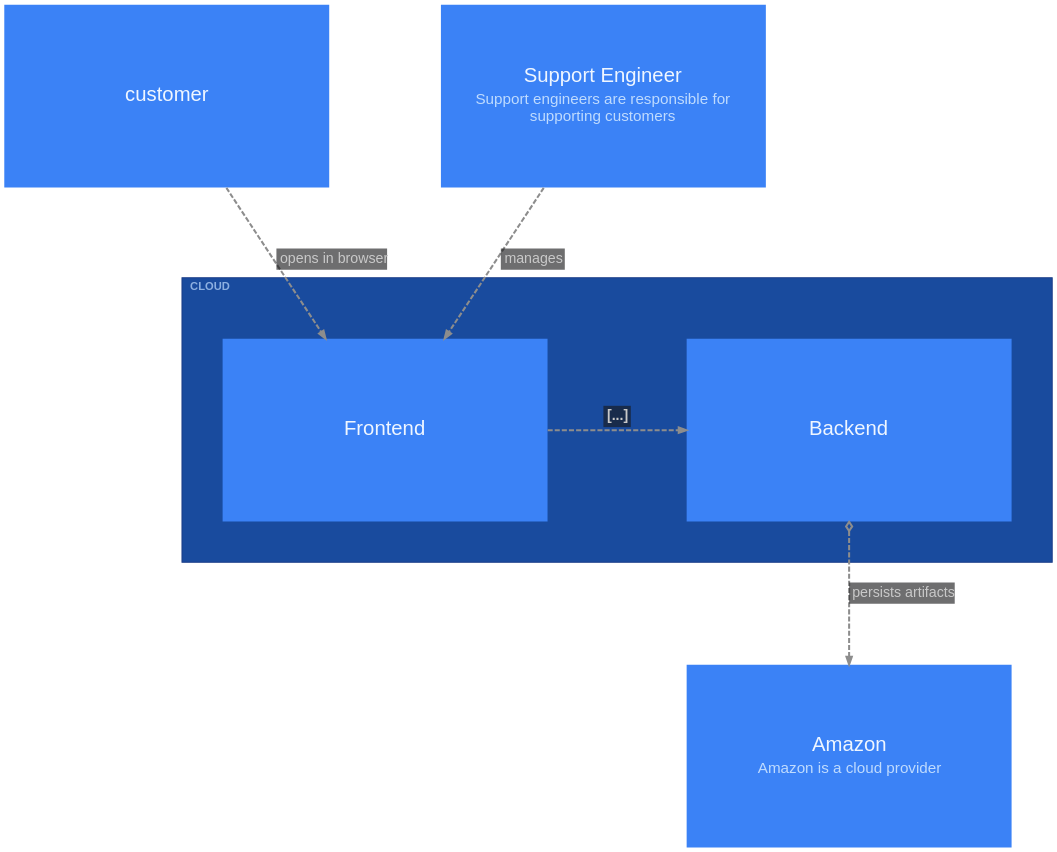
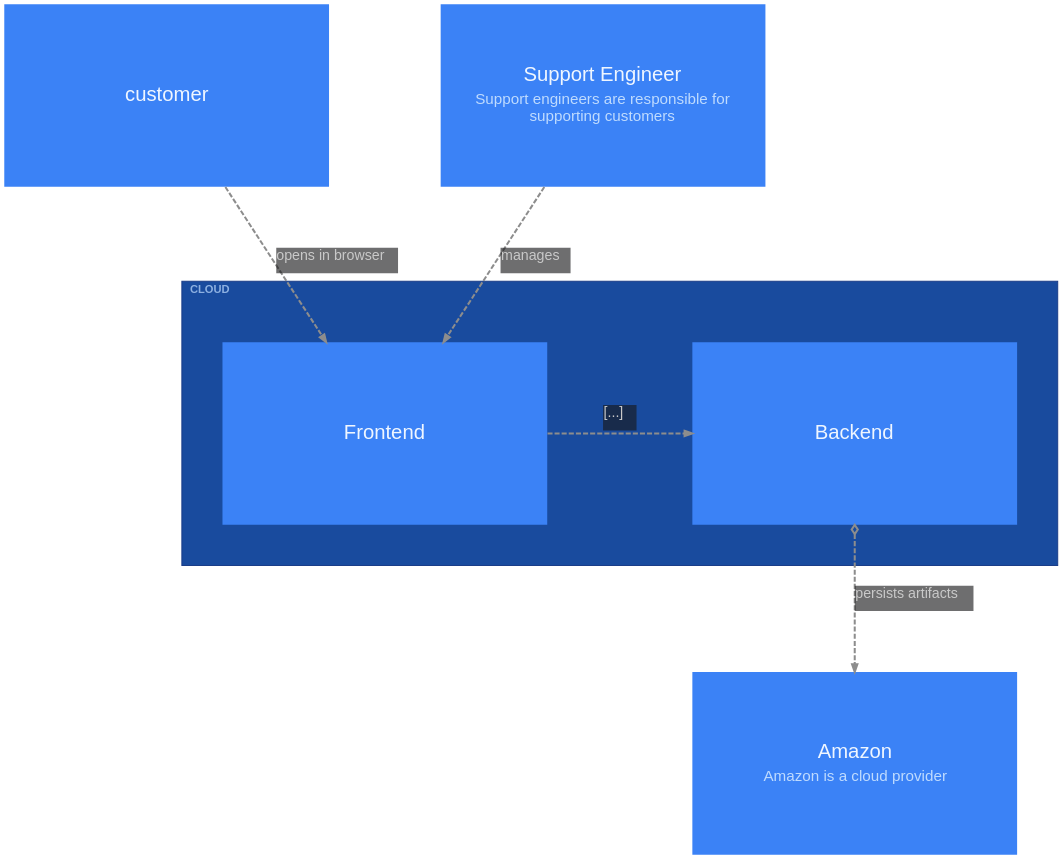
One commit to likec4/likec4 changed the diagram in packages/layouts/src/graphviz/__snapshots__/ElementViewPrinter-cloud.dot. Above: the diagram before and after it, drawn with Graphviz. The commit also changed 48 other files, not shown here.

First line of the commit message:
feat: measure relationship labels with the diagram font

```diff
--- a/packages/layouts/src/graphviz/__snapshots__/ElementViewPrinter-cloud.dot
+++ b/packages/layouts/src/graphviz/__snapshots__/ElementViewPrinter-cloud.dot
@@ -1,114 +1,114 @@
 digraph {
   likec4_viewId = "cloudView";
   bgcolor = "transparent";
   layout = "dot";
   compound = true;
   rankdir = "TB";
   TBbalance = "min";
   splines = "spline";
   outputorder = "nodesfirst";
   nodesep = 1.528;
   ranksep = 1.667;
   pad = 0.209;
   fontname = "Arial";
   graph [
     fontsize = 20;
     labeljust = "l";
     labelloc = "t";
     margin = 50.1;
   ];
   edge [
     arrowsize = 0.75;
     fontname = "Arial";
     fontsize = 14;
     penwidth = 2;
     color = "#8D8D8D";
     fontcolor = "#C9C9C9";
     style = "dashed";
   ];
   node [
     fontname = "Arial";
     shape = "rect";
     fillcolor = "#3b82f6";
     fontcolor = "#eff6ff";
     color = "#2563eb";
     style = "filled";
     penwidth = 0;
   ];
   "customer" [
     likec4_id = "customer";
     likec4_level = 0;
     label = <<FONT POINT-SIZE="20">customer</FONT>>;
     margin = "0.223,0.223";
     width = 4.445;
     height = 2.5;
   ];
   "support" [
     likec4_id = "support";
     likec4_level = 0;
     label = <<TABLE BORDER="0" CELLPADDING="0" CELLSPACING="4"><TR><TD><FONT POINT-SIZE="20">Support Engineer</FONT></TD></TR><TR><TD><FONT POINT-SIZE="15" COLOR="#bfdbfe">Support engineers are responsible for<BR/>supporting customers</FONT></TD></TR></TABLE>>;
     margin = "0.223,0.223";
     width = 4.445;
     height = 2.5;
   ];
   "frontend" [
     likec4_id = "cloud.frontend";
     likec4_level = 1;
     label = <<FONT POINT-SIZE="20">Frontend</FONT>>;
     margin = "0.278,0.306";
     width = 4.445;
     height = 2.5;
   ];
   "backend" [
     likec4_id = "cloud.backend";
     likec4_level = 1;
     label = <<FONT POINT-SIZE="20">Backend</FONT>>;
     margin = "0.223,0.223";
     width = 4.445;
     height = 2.5;
   ];
   "amazon" [
     likec4_id = "amazon";
     likec4_level = 0;
     label = <<TABLE BORDER="0" CELLPADDING="0" CELLSPACING="4"><TR><TD><FONT POINT-SIZE="20">Amazon</FONT></TD></TR><TR><TD><FONT POINT-SIZE="15" COLOR="#bfdbfe">Amazon is a cloud provider</FONT></TD></TR></TABLE>>;
     margin = "0.223,0.223";
     width = 4.445;
     height = 2.5;
   ];
   subgraph "cluster_cloud" {
     likec4_id = "cloud";
     likec4_level = 0;
     likec4_depth = 1;
     fillcolor = "#194b9e";
     color = "#1b3d88";
     style = "filled";
     margin = 40;
     label = <<FONT POINT-SIZE="11" COLOR="#bfdbfeb3"><B>CLOUD</B></FONT>>;
     "frontend";
     "backend";
   }
   "customer" -> "frontend" [
     likec4_id = "customer:cloud.frontend";
-    label = <<TABLE BORDER="0" CELLPADDING="3" CELLSPACING="0" BGCOLOR="#18191BA0"><TR><TD ALIGN="TEXT" BALIGN="LEFT"><FONT POINT-SIZE="14">opens in browser</FONT></TD></TR></TABLE>>;
+    label = <<TABLE FIXEDSIZE="TRUE" WIDTH="120" HEIGHT="25" BORDER="0" CELLPADDING="0" CELLSPACING="0" BGCOLOR="#18191BA0"><TR><TD ALIGN="TEXT" BALIGN="LEFT"><FONT POINT-SIZE="14">opens in browser</FONT></TD></TR></TABLE>>;
     arrowhead = "normal";
   ];
   "support" -> "frontend" [
     likec4_id = "support:cloud.frontend";
-    label = <<TABLE BORDER="0" CELLPADDING="3" CELLSPACING="0" BGCOLOR="#18191BA0"><TR><TD ALIGN="TEXT" BALIGN="LEFT"><FONT POINT-SIZE="14">manages</FONT></TD></TR></TABLE>>;
+    label = <<TABLE FIXEDSIZE="TRUE" WIDTH="69" HEIGHT="25" BORDER="0" CELLPADDING="0" CELLSPACING="0" BGCOLOR="#18191BA0"><TR><TD ALIGN="TEXT" BALIGN="LEFT"><FONT POINT-SIZE="14">manages</FONT></TD></TR></TABLE>>;
     arrowhead = "normal";
   ];
   "frontend" -> "backend" [
     likec4_id = "cloud.frontend:cloud.backend";
-    label = <<TABLE BORDER="0" CELLPADDING="3" CELLSPACING="0" BGCOLOR="#18191BA0"><TR><TD ALIGN="TEXT" BALIGN="LEFT"><FONT POINT-SIZE="14"><B>[...]</B></FONT></TD></TR></TABLE>>;
+    label = <<TABLE FIXEDSIZE="TRUE" WIDTH="33" HEIGHT="25" BORDER="0" CELLPADDING="0" CELLSPACING="0" BGCOLOR="#18191BA0"><TR><TD ALIGN="TEXT" BALIGN="LEFT"><FONT POINT-SIZE="14">[...]</FONT></TD></TR></TABLE>>;
     weight = 2;
     arrowhead = "normal";
     minlen = 0;
   ];
   "backend" -> "amazon" [
     likec4_id = "cloud.backend:amazon";
-    label = <<TABLE BORDER="0" CELLPADDING="3" CELLSPACING="0" BGCOLOR="#18191BA0"><TR><TD ALIGN="TEXT" BALIGN="LEFT"><FONT POINT-SIZE="14">persists artifacts</FONT></TD></TR></TABLE>>;
+    label = <<TABLE FIXEDSIZE="TRUE" WIDTH="117" HEIGHT="25" BORDER="0" CELLPADDING="0" CELLSPACING="0" BGCOLOR="#18191BA0"><TR><TD ALIGN="TEXT" BALIGN="LEFT"><FONT POINT-SIZE="14">persists artifacts</FONT></TD></TR></TABLE>>;
     arrowhead = "normal";
     arrowtail = "odiamond";
     dir = "both";
   ];
 }
```
